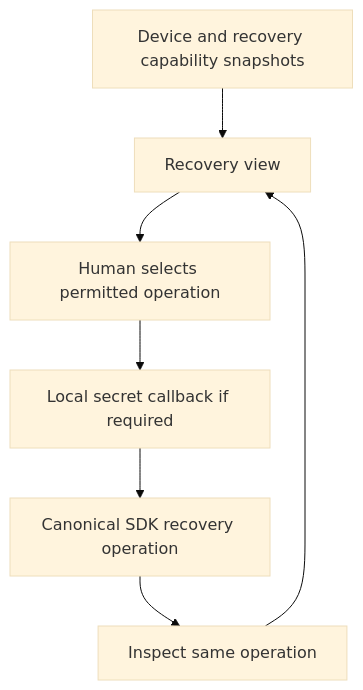
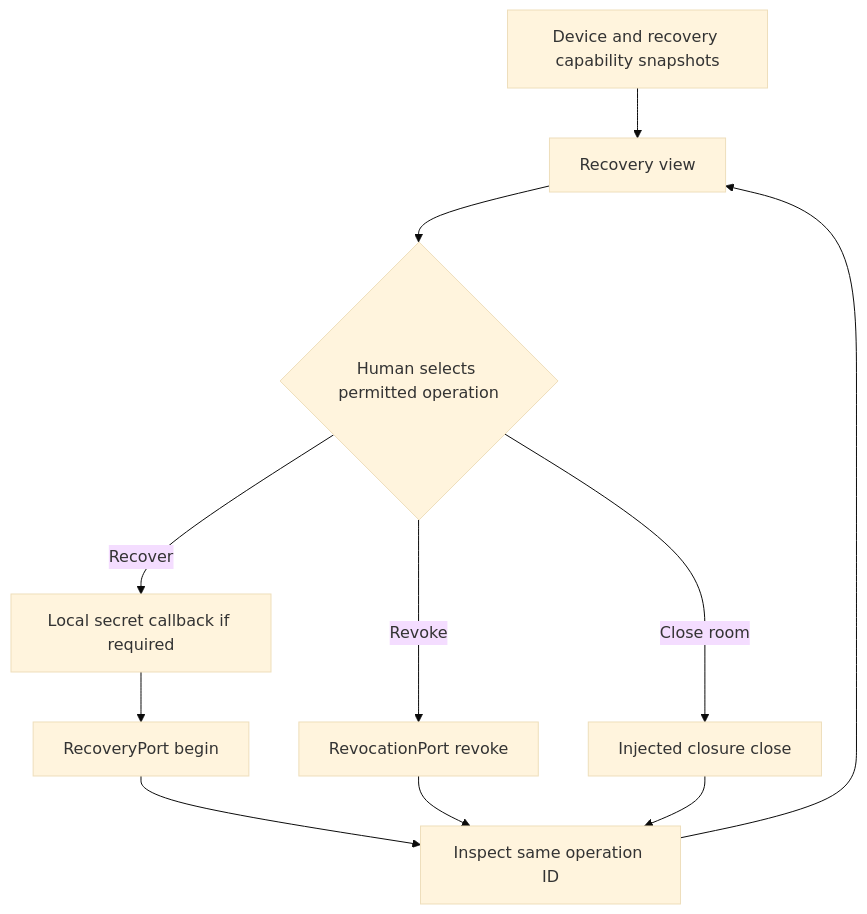
The diagram in docs/plans/2026-09-16-kha-127-recovery-closure-ui.md (aiur-team/khala), drawn with Mermaid (base theme) before and after one commit. The commit also changed other lines of this file and 13 other files, not shown here.

First line of the commit message:
Build honest recovery closure UI

````diff
--- a/docs/plans/2026-09-16-kha-127-recovery-closure-ui.md
+++ b/docs/plans/2026-09-16-kha-127-recovery-closure-ui.md
@@ -93,9 +108,13 @@
 ```mermaid
 flowchart TB
   D[Device and recovery capability snapshots] --> V[Recovery view]
-  V --> H[Human selects permitted operation]
-  H --> L[Local secret callback if required]
-  L --> O[Canonical SDK recovery operation]
-  O --> I[Inspect same operation]
+  V --> H{Human selects permitted operation}
+  H -->|Recover| L[Local secret callback if required]
+  L --> R[RecoveryPort begin]
+  H -->|Revoke| X[RevocationPort revoke]
+  H -->|Close room| C[Injected closure close]
+  R --> I[Inspect same operation ID]
+  X --> I
+  C --> I
   I --> V
 ```
````
